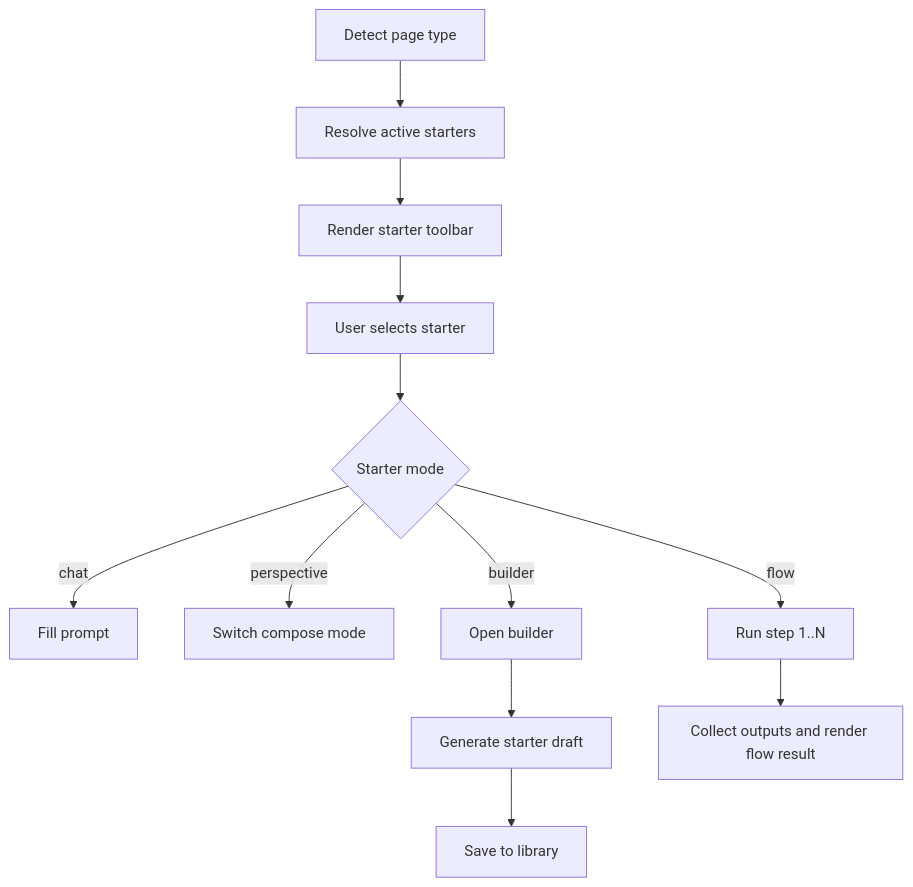
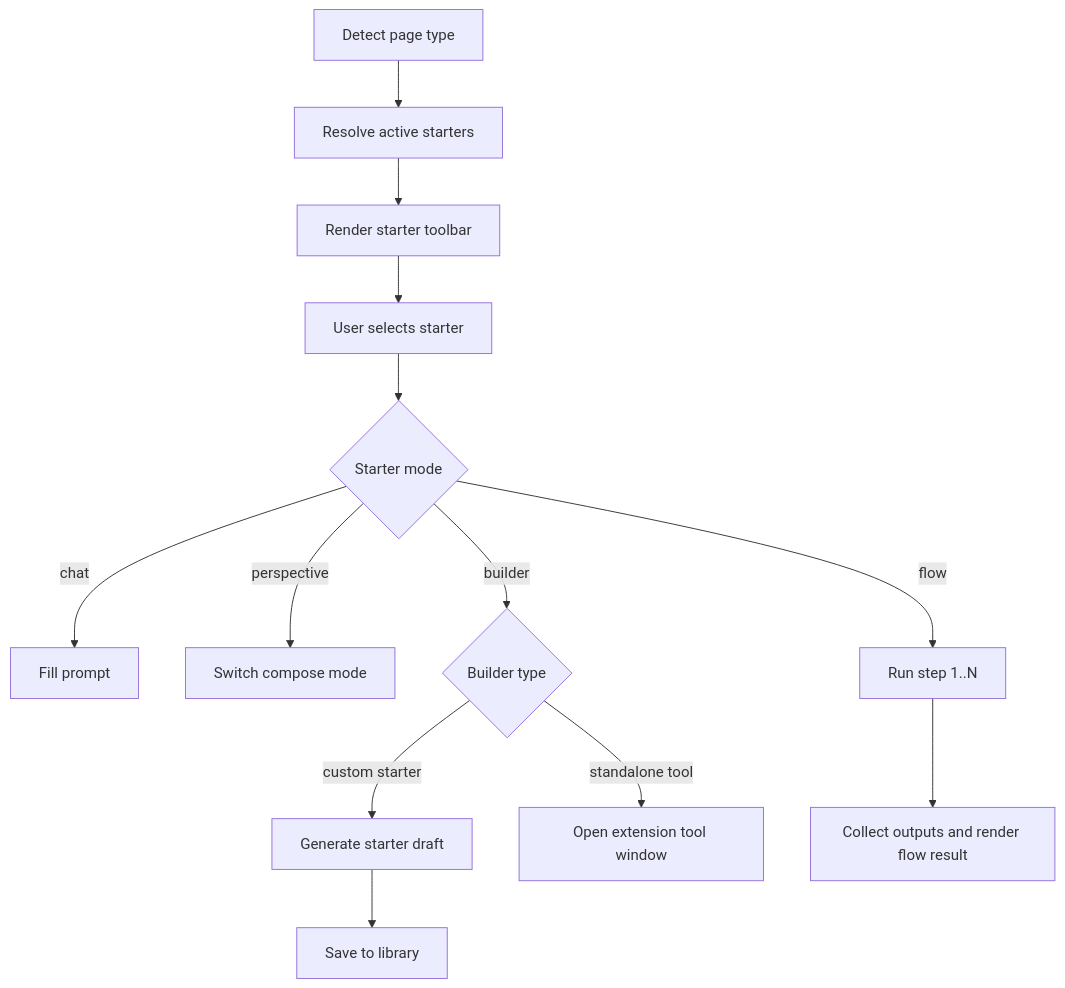
Before and after one commit to wilsondenq879/Open_Copilot: the diagram in spec/starters-and-agent-flows.md, drawn with Mermaid. The commit also changed other lines of this file and 6 other files, not shown here.

````diff
--- a/spec/starters-and-agent-flows.md
+++ b/spec/starters-and-agent-flows.md
@@ -139,14 +143,15 @@
 ```mermaid
 flowchart TD
   A[Detect page type] --> B[Resolve active starters]
   B --> C[Render starter toolbar]
   C --> D[User selects starter]
   D --> E{Starter mode}
   E -- chat --> F[Fill prompt]
   E -- perspective --> G[Switch compose mode]
   E -- flow --> H[Run step 1..N]
-  E -- builder --> I[Open builder]
-  I --> J[Generate starter draft]
+  E -- builder --> I{Builder type}
+  I -- custom starter --> J[Generate starter draft]
+  I -- standalone tool --> M[Open extension tool window]
   J --> K[Save to library]
   H --> L[Collect outputs and render flow result]
 ```
````
